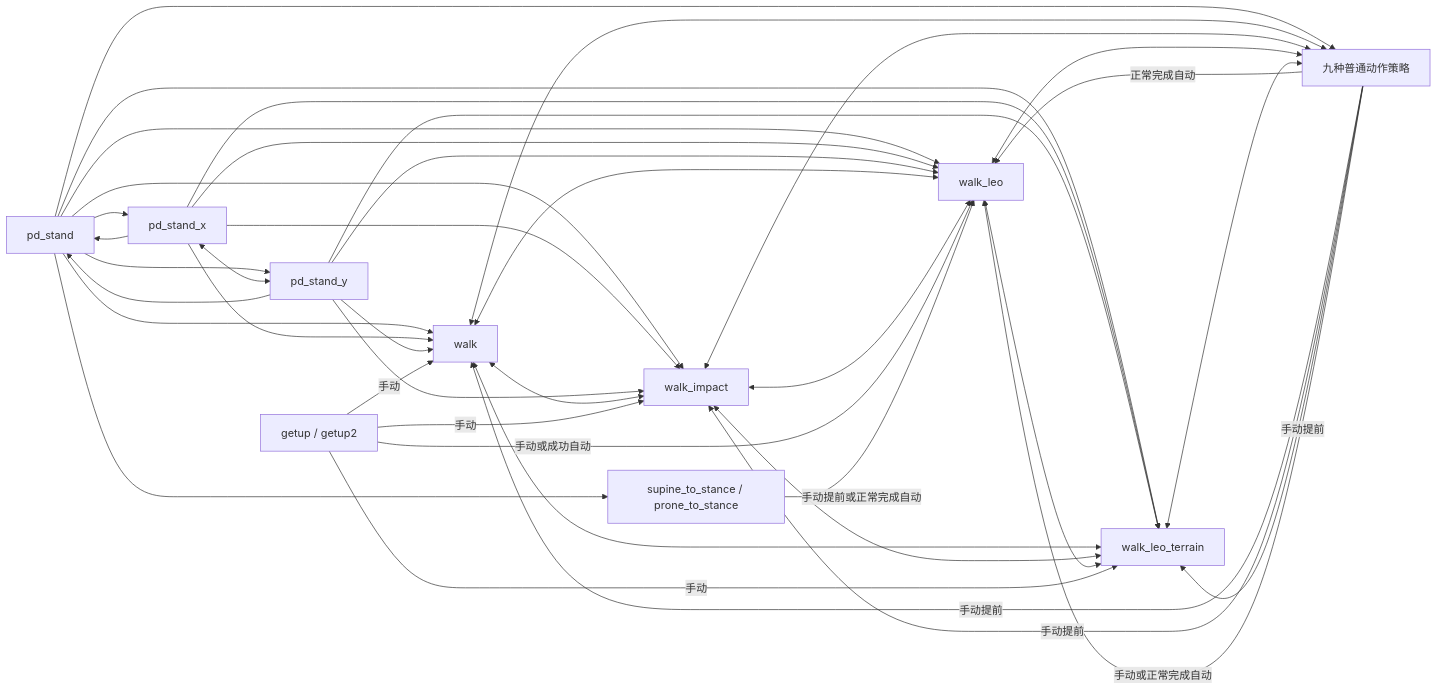
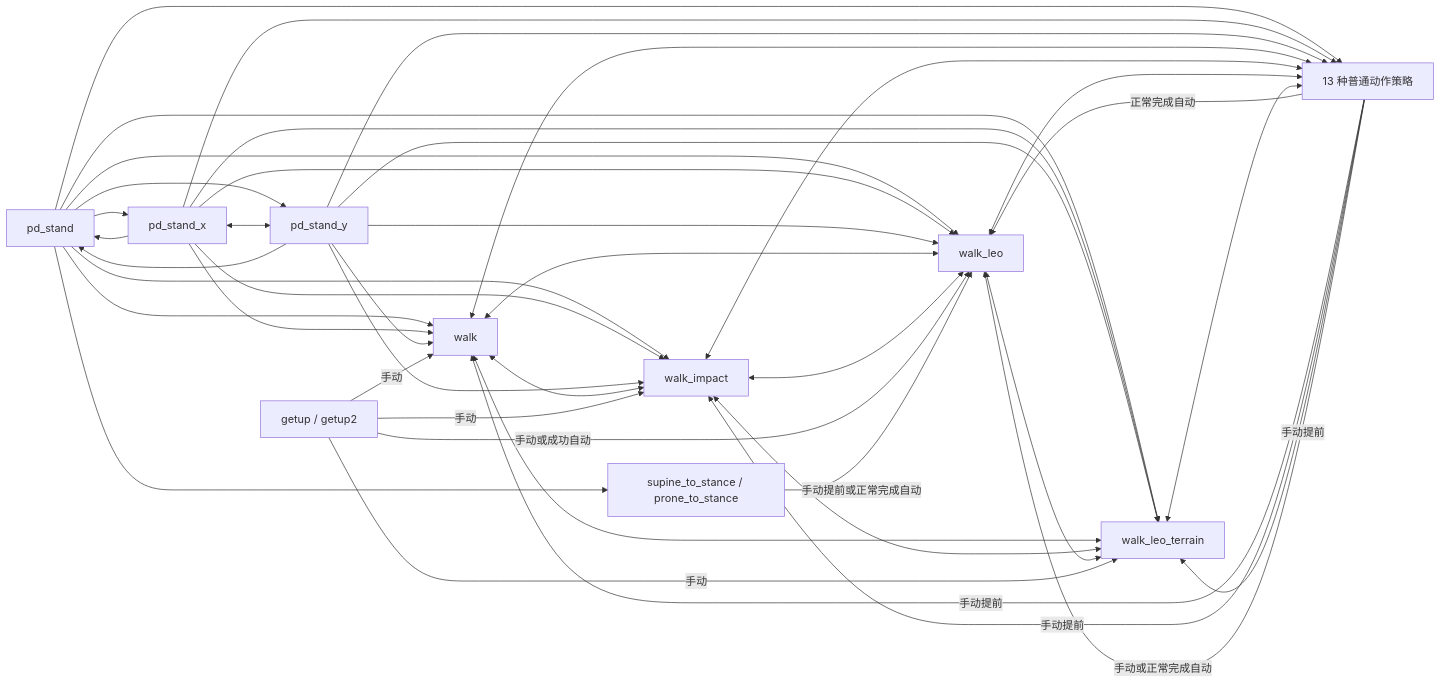
Before and after one commit to weishuai-oos/engineai_robotics_native_sdk: the diagram in docs/t800_motion_transition.md, drawn with Mermaid. The commit also changed other lines of this file and 83 other files, not shown here.

````diff
--- a/docs/t800_motion_transition.md
+++ b/docs/t800_motion_transition.md
@@ -51,56 +57,58 @@
 ```mermaid
 flowchart LR
   PD[pd_stand]
   W1[walk]
   W2[walk_impact]
   W3[walk_leo]
   W4[walk_leo_terrain]
   PX[pd_stand_x]
   PY[pd_stand_y]
-  A[九种普通动作策略]
+  A[13 种普通动作策略]
   S[supine_to_stance / prone_to_stance]
   G[getup / getup2]
 
   PD --> W1
   PD --> W2
   PD --> W3
   PD --> W4
   PD --> A
   PD --> S
   PD --> PX
   PD --> PY
 
   PX <--> PY
   PX --> PD
   PY --> PD
   PX --> W1
   PX --> W2
   PX --> W3
   PX --> W4
+  PX --> A
   PY --> W1
   PY --> W2
   PY --> W3
   PY --> W4
+  PY --> A
 
   W1 <--> W2
   W1 <--> W3
   W1 <--> W4
   W2 <--> W3
   W2 <--> W4
   W3 <--> W4
   W1 <--> A
   W2 <--> A
   W3 <--> A
   W4 <--> A
 
   G -->|手动| W1
   G -->|手动| W2
   G -->|手动| W4
   G -->|手动或成功自动| W3
   A -->|正常完成自动| W3
   S -->|手动提前或正常完成自动| W3
   A -->|手动提前| W1
   A -->|手动提前| W2
   A -->|手动提前| W4
   A -->|手动或正常完成自动| W3
 ```
````
